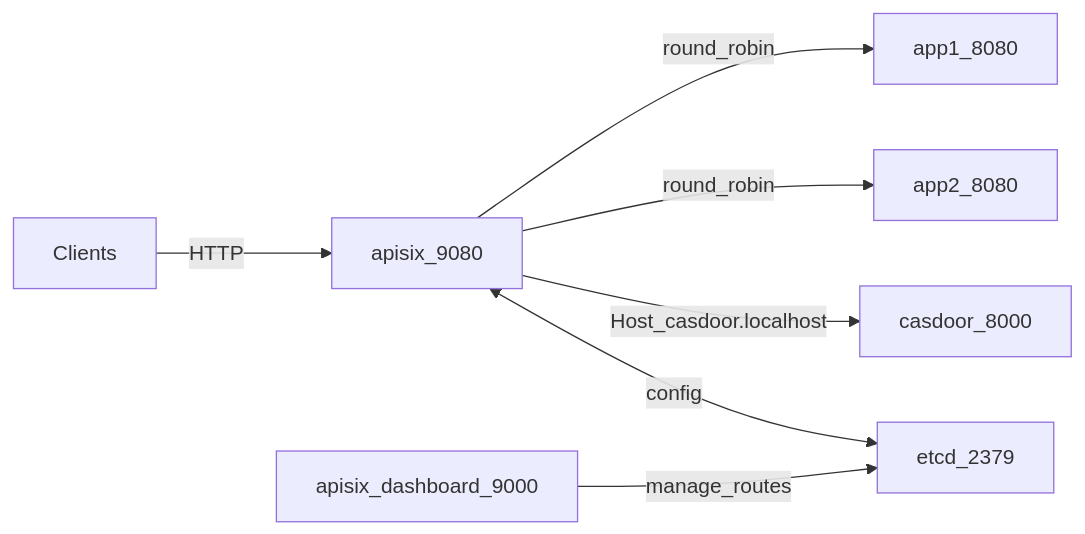
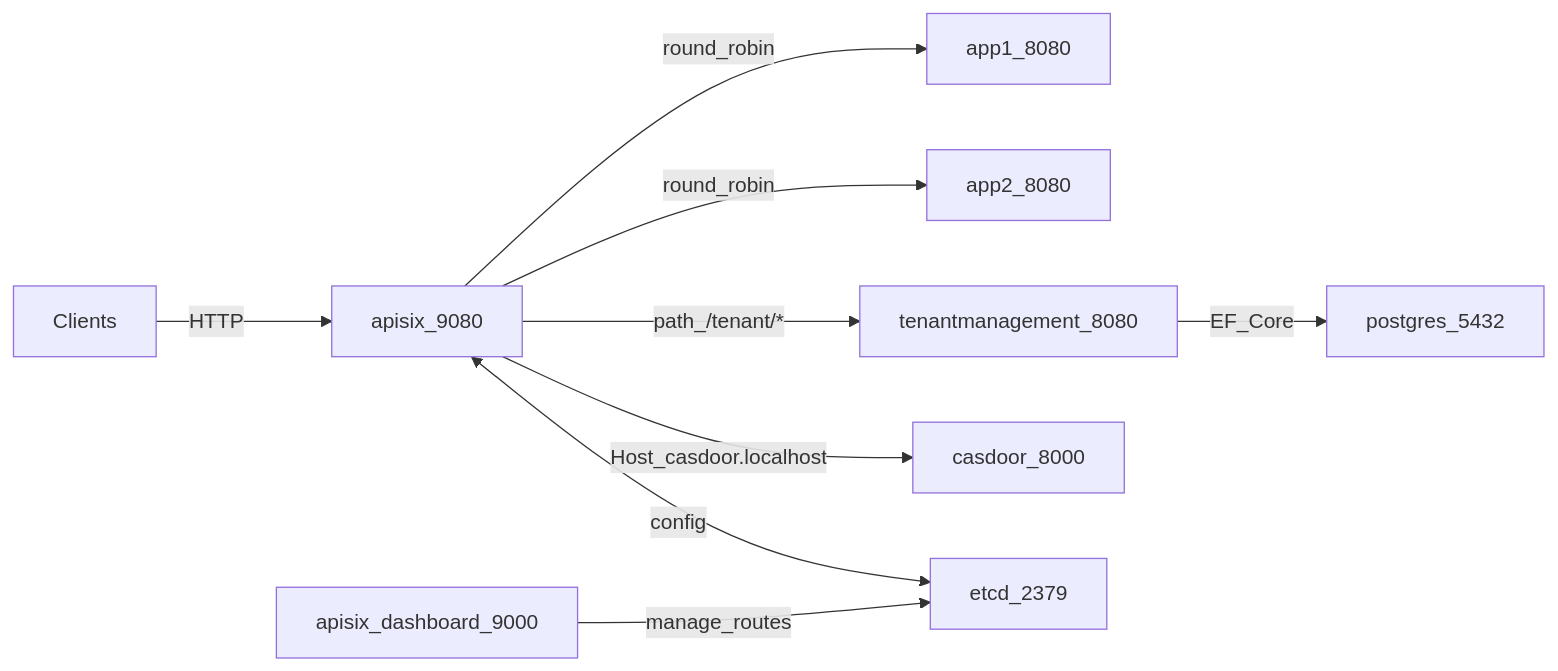
Before and after one commit to jayedulhaque/APISIXwithNET: the diagram in README.md, drawn with Mermaid. The commit also changed other lines of this file and 156 other files, not shown here.

````diff
--- a/README.md
+++ b/README.md
@@ -7,17 +7,21 @@
 ```mermaid
 flowchart LR
   clients[Clients]
   apisix[apisix_9080]
   etcd[etcd_2379]
   dash[apisix_dashboard_9000]
   app1[app1_8080]
   app2[app2_8080]
+  tenant[tenantmanagement_8080]
+  postgres[postgres_5432]
   casdoor[casdoor_8000]
 
   clients -->|"HTTP"| apisix
   apisix -->|"round_robin"| app1
   apisix -->|"round_robin"| app2
+  apisix -->|"path_/tenant/*"| tenant
+  tenant -->|"EF_Core"| postgres
   apisix -->|"Host_casdoor.localhost"| casdoor
   apisix <-->|"config"| etcd
   dash -->|"manage_routes"| etcd
 ```
````
